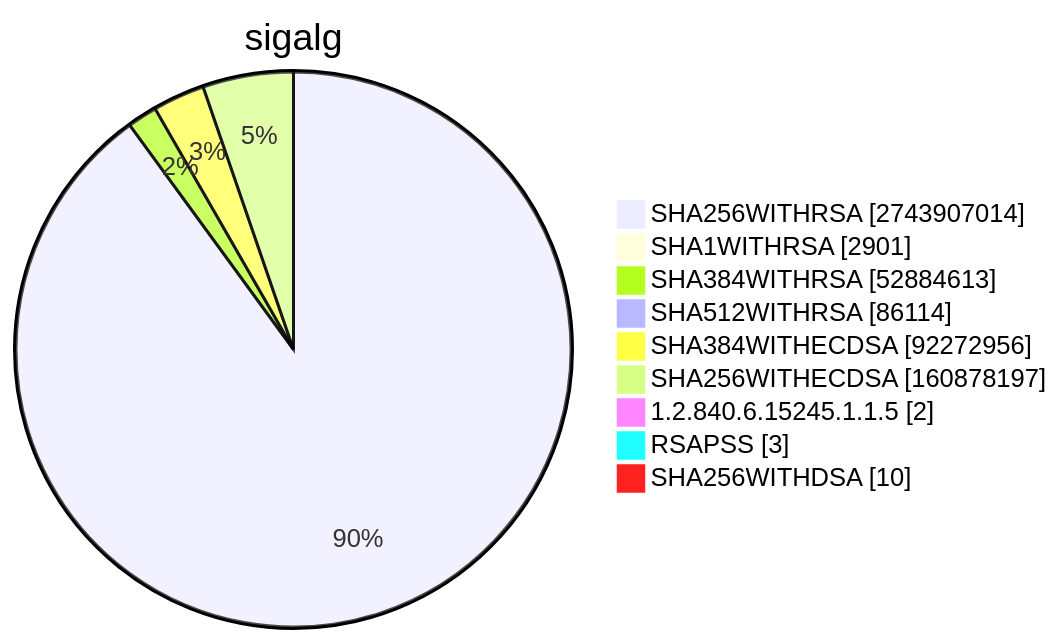
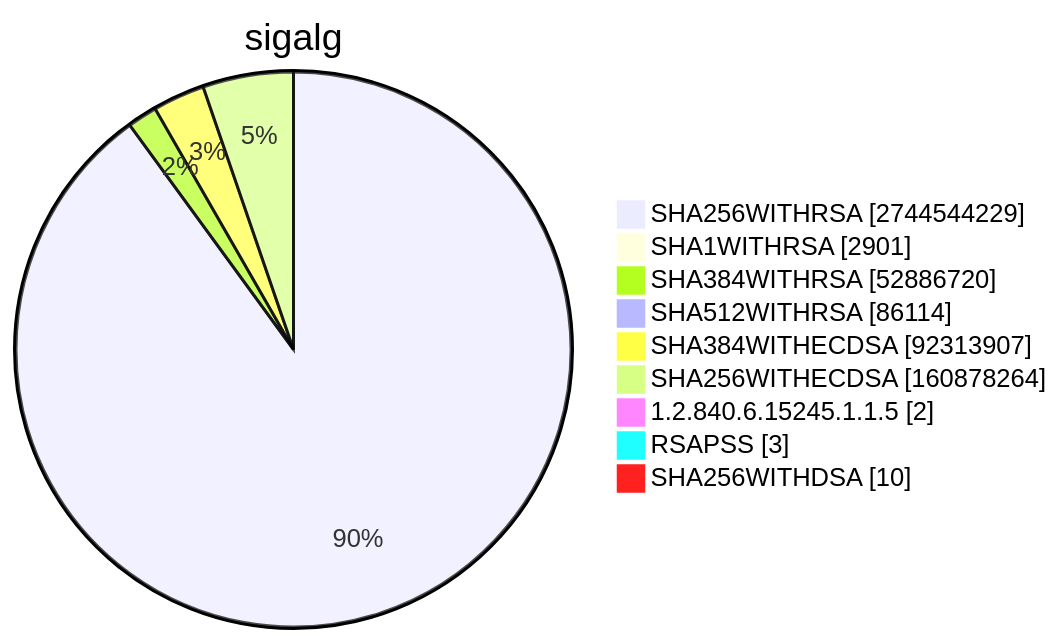
Diagram 15 of 15 in TOTAL/README.md (christiankrug/ctmonitor_visualization), drawn with Mermaid before and after one commit. The commit also changed other lines of this file, not shown here.

````diff
--- a/TOTAL/README.md
+++ b/TOTAL/README.md
@@ -6206,13 +6206,13 @@
 ```mermaid
 pie showData
 title sigalg
-"SHA256WITHRSA" :2743907014
+"SHA256WITHRSA" :2744544229
 "SHA1WITHRSA" :2901
-"SHA384WITHRSA" :52884613
+"SHA384WITHRSA" :52886720
 "SHA512WITHRSA" :86114
-"SHA384WITHECDSA" :92272956
-"SHA256WITHECDSA" :160878197
+"SHA384WITHECDSA" :92313907
+"SHA256WITHECDSA" :160878264
 "1.2.840.6.15245.1.1.5" :2
 "RSAPSS" :3
 "SHA256WITHDSA" :10
 ```
````
